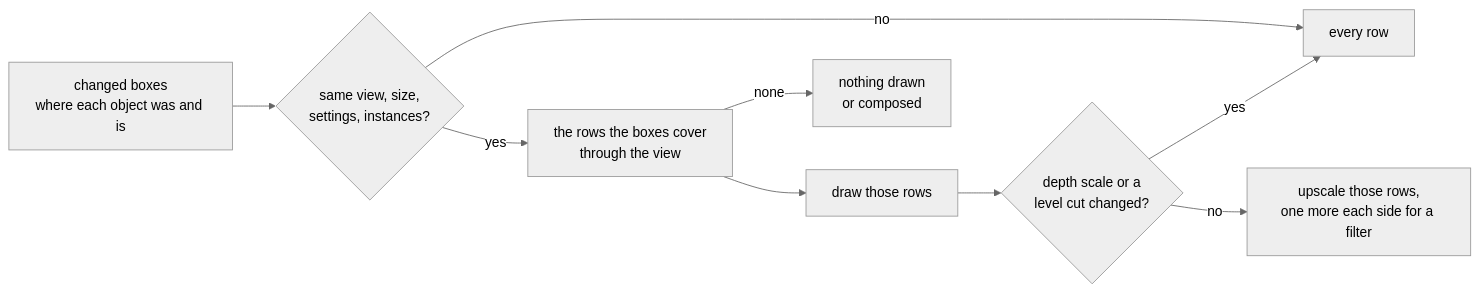
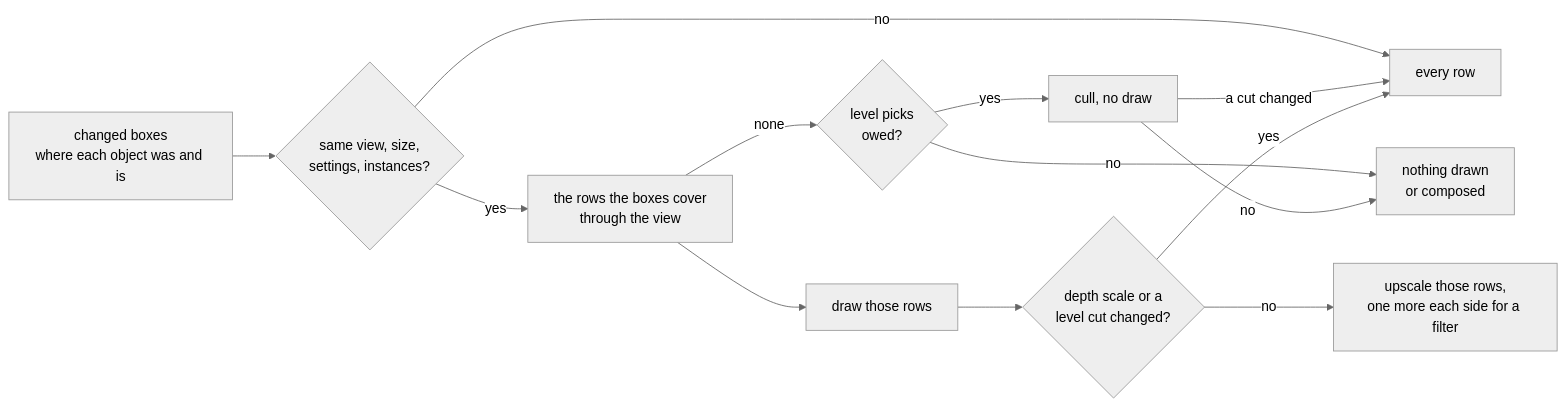
The diagram in docs/render/frame/Partial-Redraw.md (jose-villegas/autana), drawn with Mermaid (neutral theme) before and after one commit. The commit also changed other lines of this file and 6 other files, not shown here.

First line of the commit message:
render: still frames make the level picks they owe; a changed cut redraws every row (autana-22gu)

````diff
--- a/docs/render/frame/Partial-Redraw.md
+++ b/docs/render/frame/Partial-Redraw.md
@@ -11,10 +11,14 @@
 ```mermaid
 flowchart LR
     Boxes["changed boxes<br/>where each object was and is"] --> Same{"same view, size,<br/>settings, instances?"}
     Same -->|"no"| Every["every row"]
     Same -->|"yes"| Rows["the rows the boxes cover<br/>through the view"]
-    Rows -->|"none"| Kept["nothing drawn<br/>or composed"]
+    Rows -->|"none"| Owed{"level picks<br/>owed?"}
+    Owed -->|"no"| Kept["nothing drawn<br/>or composed"]
+    Owed -->|"yes"| Census["cull, no draw"]
+    Census -->|"a cut changed"| Every
+    Census -->|"no"| Kept
     Rows --> Draw["draw those rows"] --> Scale{"depth scale or a<br/>level cut changed?"}
     Scale -->|"yes"| Every
     Scale -->|"no"| Up["upscale those rows,<br/>one more each side for a filter"]
 ```
````
